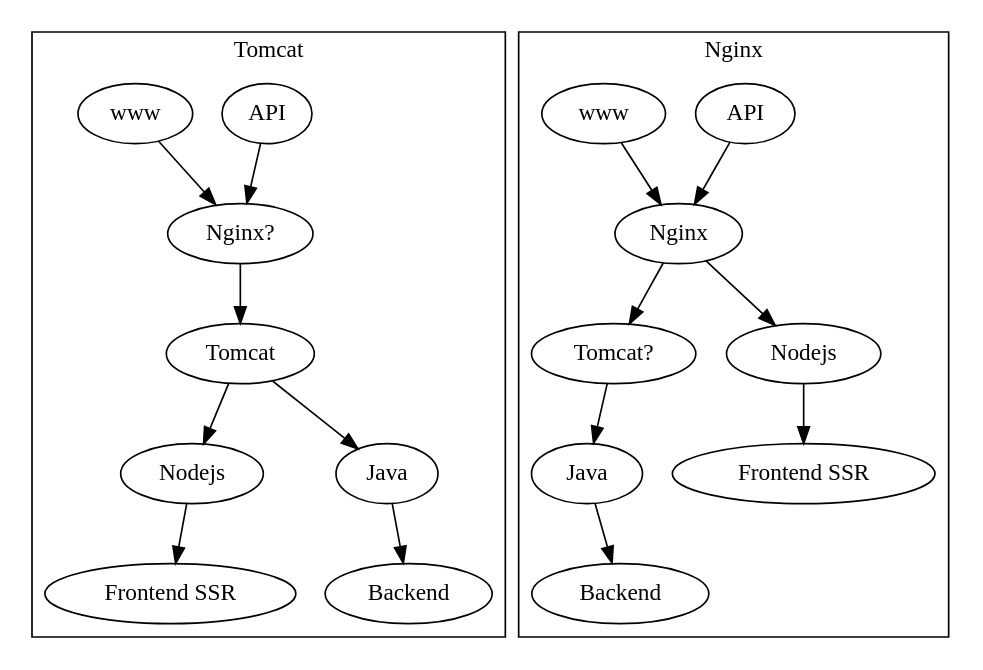
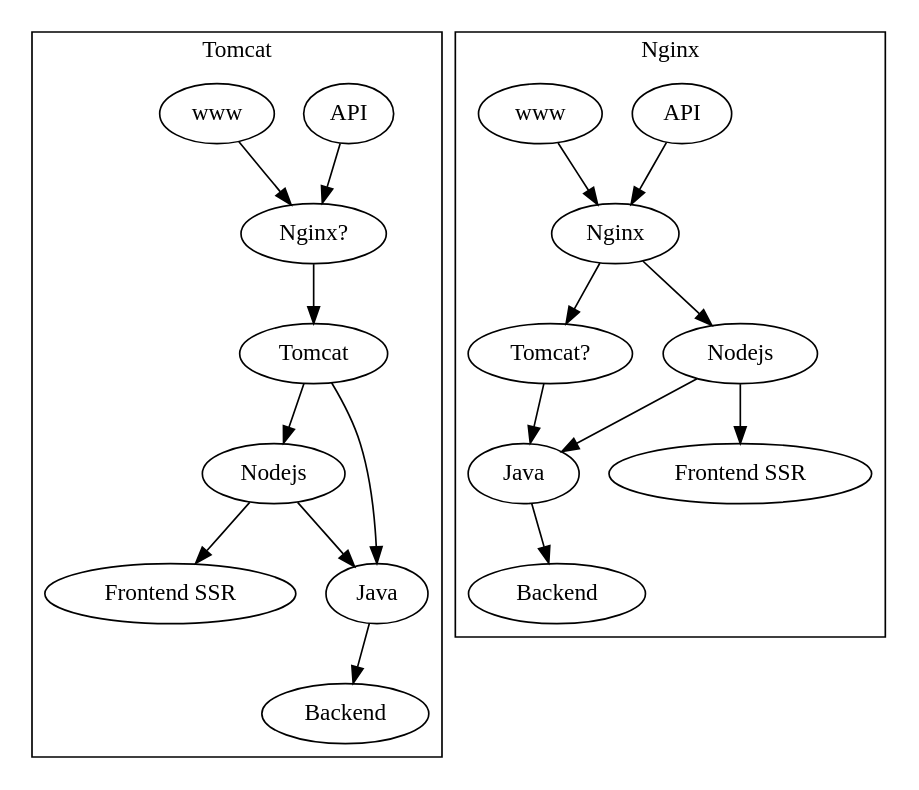
One commit to phields/PrprClub changed the diagram in proxy.dot. Above: the diagram before and after it, drawn with Graphviz.

```diff
--- a/proxy.dot
+++ b/proxy.dot
@@ -1,19 +1,21 @@
 digraph {
 	subgraph "cluster_java" {
 		label = "Tomcat";
 		API -> "Nginx?";
 		www -> "Nginx?";
 		"Nginx?" -> Tomcat -> "Nodejs" -> "Frontend SSR";
+		Nodejs -> Java;
 		Tomcat -> Java -> Backend;
 	}
 
 	subgraph "cluster_nginx" {
 		label = "Nginx";
 		"API " -> "Nginx";
 		"www " -> Nginx;
 		Nginx -> "Tomcat?" -> "Java " -> "Backend ";
 		Nginx -> "Nodejs " -> "Frontend SSR ";
+		"Nodejs " -> "Java ";
 		/* "Nginx?" -> Tomcat -> "Nodejs" -> "Frontend SSR"; */
 		/* Tomcat -> Java -> Backend; */
 	}
 }
```
